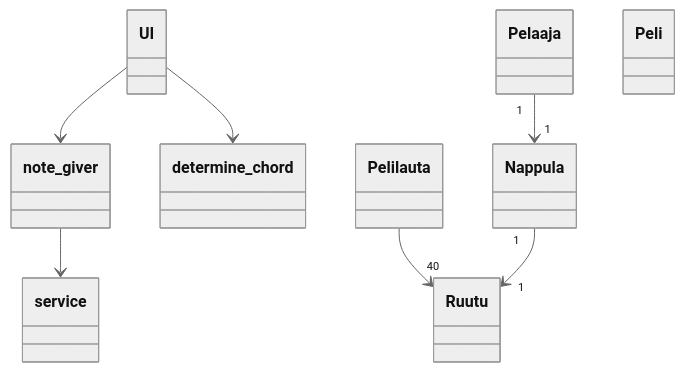
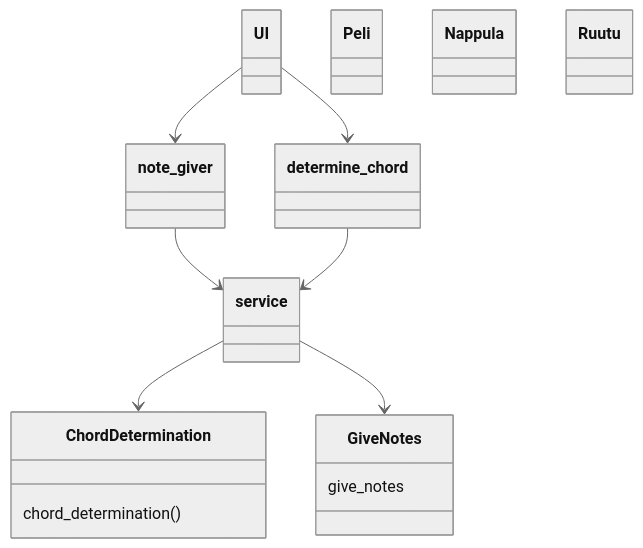
Before and after one commit to Aaltonenn/ot-harjoitustyo: the diagram in dokumentaatio/arkkitehtuuri.md, drawn with Mermaid (neutral theme).

````diff
--- a/dokumentaatio/arkkitehtuuri.md
+++ b/dokumentaatio/arkkitehtuuri.md
@@ -3,21 +3,23 @@
 ```mermaid
  classDiagram
       UI --> note_giver
       UI --> determine_chord
       note_giver --> service
-      Pelaaja "1" --> "1" Nappula
-      Pelilauta --> "40" Ruutu
-      Nappula "1" --> "1" Ruutu
+      determine_chord --> service
+      service --> ChordDetermination
+      service --> GiveNotes
       
-      class Pelaaja{
+      class ChordDetermination{
+      chord_determination()
       }
-      class Pelilauta{
+      class GiveNotes{
+      give_notes
       }
       class Peli{
       }
       class Nappula{
       }
       class Ruutu{
       }
       
 ```
````
